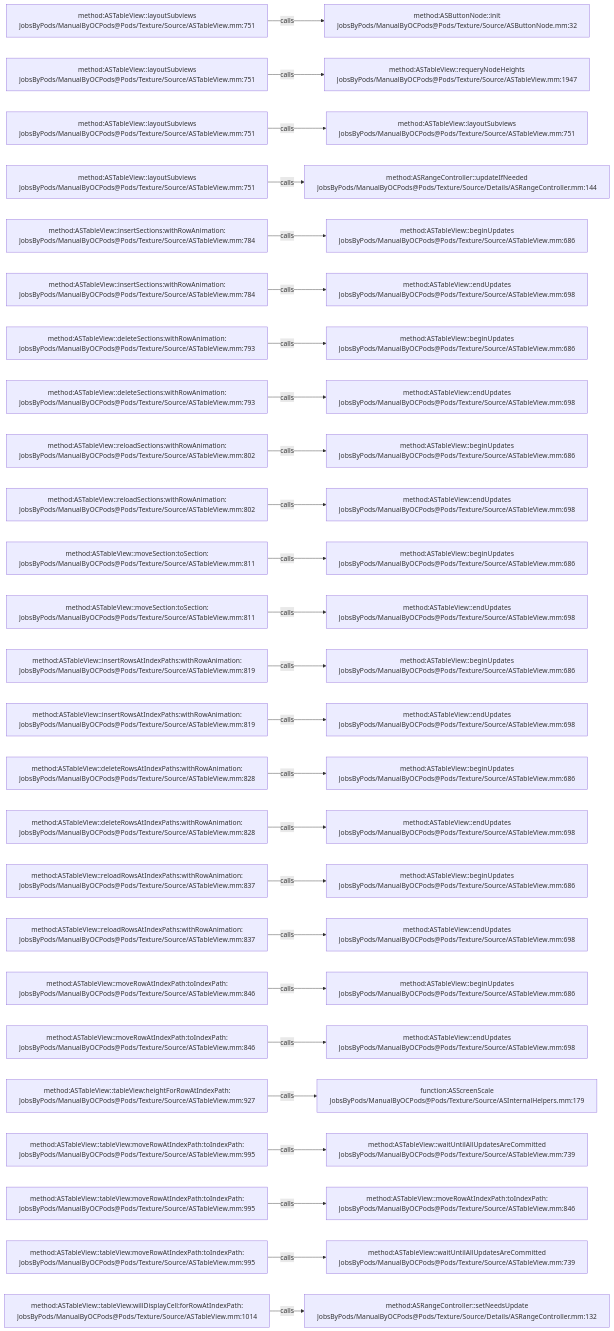
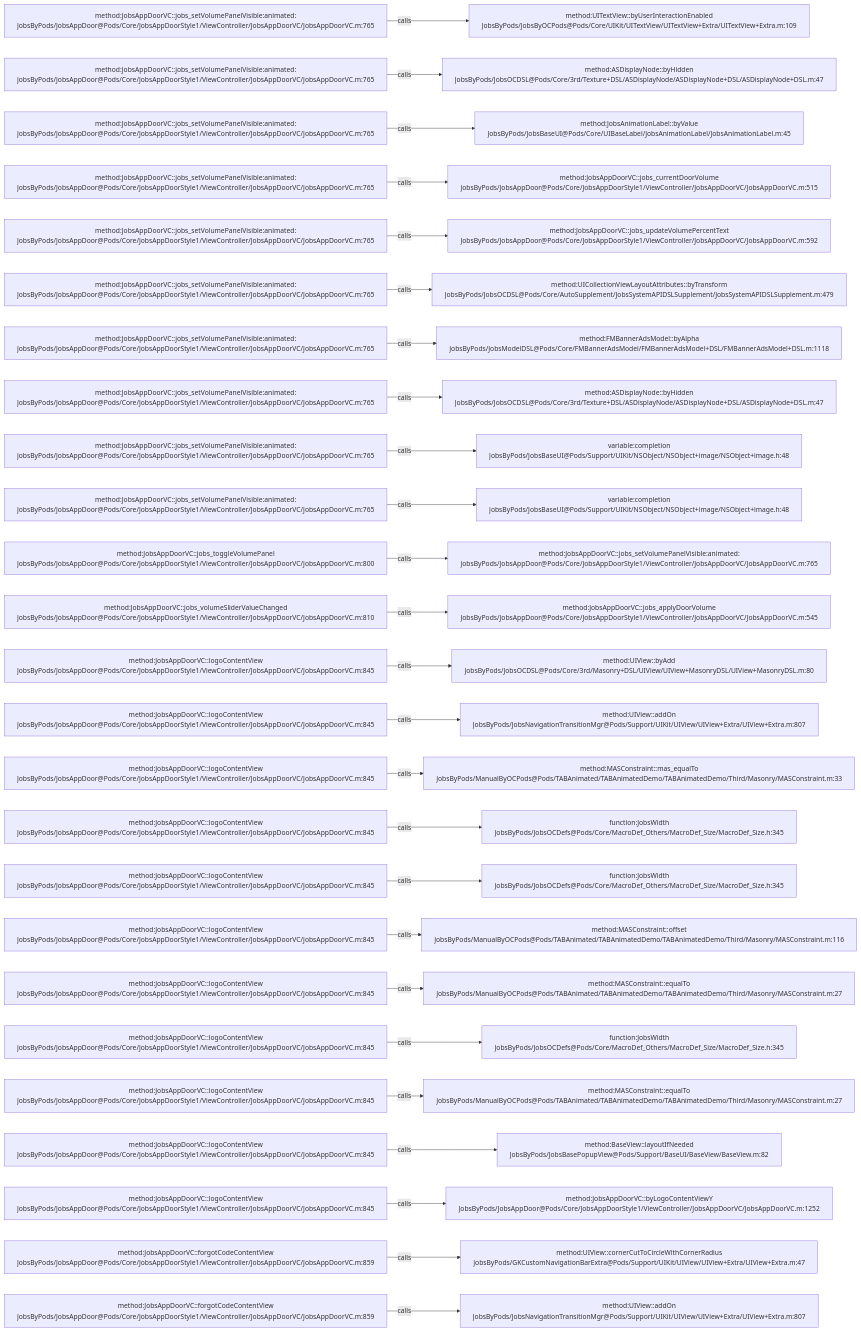
One commit to JobsKits/JobsOCBaseConfigDemo changed the diagram in .codegraph/codegraph.md/graphs/calls-113.md. Above: the diagram before and after it, drawn with Mermaid. The commit also changed 768 other files, not shown here.

````diff
--- a/.codegraph/codegraph.md/graphs/calls-113.md
+++ b/.codegraph/codegraph.md/graphs/calls-113.md
@@ -13,78 +13,78 @@
 ```mermaid
 flowchart LR
-  S1["method:ASTableView::layoutSubviews<br/>JobsByPods/ManualByOCPods@Pods/Texture/Source/ASTableView.mm:751"]
-  T1["method:ASButtonNode::init<br/>JobsByPods/ManualByOCPods@Pods/Texture/Source/ASButtonNode.mm:32"]
+  S1["method:JobsAppDoorVC::jobs_setVolumePanelVisible:animated:<br/>JobsByPods/JobsAppDoor@Pods/Core/JobsAppDoorStyle1/ViewController/JobsAppDoorVC/JobsAppDoorVC.m:765"]
+  T1["method:UITextView::byUserInteractionEnabled<br/>JobsByPods/JobsByOCPods@Pods/Core/UIKit/UITextView/UITextView+Extra/UITextView+Extra.m:109"]
   S1 -->|calls| T1
-  S2["method:ASTableView::layoutSubviews<br/>JobsByPods/ManualByOCPods@Pods/Texture/Source/ASTableView.mm:751"]
-  T2["method:ASTableView::requeryNodeHeights<br/>JobsByPods/ManualByOCPods@Pods/Texture/Source/ASTableView.mm:1947"]
+  S2["method:JobsAppDoorVC::jobs_setVolumePanelVisible:animated:<br/>JobsByPods/JobsAppDoor@Pods/Core/JobsAppDoorStyle1/ViewController/JobsAppDoorVC/JobsAppDoorVC.m:765"]
+  T2["method:ASDisplayNode::byHidden<br/>JobsByPods/JobsOCDSL@Pods/Core/3rd/Texture+DSL/ASDisplayNode/ASDisplayNode+DSL/ASDisplayNode+DSL.m:47"]
   S2 -->|calls| T2
-  S3["method:ASTableView::layoutSubviews<br/>JobsByPods/ManualByOCPods@Pods/Texture/Source/ASTableView.mm:751"]
-  T3["method:ASTableView::layoutSubviews<br/>JobsByPods/ManualByOCPods@Pods/Texture/Source/ASTableView.mm:751"]
+  S3["method:JobsAppDoorVC::jobs_setVolumePanelVisible:animated:<br/>JobsByPods/JobsAppDoor@Pods/Core/JobsAppDoorStyle1/ViewController/JobsAppDoorVC/JobsAppDoorVC.m:765"]
+  T3["method:JobsAnimationLabel::byValue<br/>JobsByPods/JobsBaseUI@Pods/Core/UIBaseLabel/JobsAnimationLabel/JobsAnimationLabel.m:45"]
   S3 -->|calls| T3
-  S4["method:ASTableView::layoutSubviews<br/>JobsByPods/ManualByOCPods@Pods/Texture/Source/ASTableView.mm:751"]
-  T4["method:ASRangeController::updateIfNeeded<br/>JobsByPods/ManualByOCPods@Pods/Texture/Source/Details/ASRangeController.mm:144"]
+  S4["method:JobsAppDoorVC::jobs_setVolumePanelVisible:animated:<br/>JobsByPods/JobsAppDoor@Pods/Core/JobsAppDoorStyle1/ViewController/JobsAppDoorVC/JobsAppDoorVC.m:765"]
+  T4["method:JobsAppDoorVC::jobs_currentDoorVolume<br/>JobsByPods/JobsAppDoor@Pods/Core/JobsAppDoorStyle1/ViewController/JobsAppDoorVC/JobsAppDoorVC.m:515"]
   S4 -->|calls| T4
-  S5["method:ASTableView::insertSections:withRowAnimation:<br/>JobsByPods/ManualByOCPods@Pods/Texture/Source/ASTableView.mm:784"]
-  T5["method:ASTableView::beginUpdates<br/>JobsByPods/ManualByOCPods@Pods/Texture/Source/ASTableView.mm:686"]
+  S5["method:JobsAppDoorVC::jobs_setVolumePanelVisible:animated:<br/>JobsByPods/JobsAppDoor@Pods/Core/JobsAppDoorStyle1/ViewController/JobsAppDoorVC/JobsAppDoorVC.m:765"]
+  T5["method:JobsAppDoorVC::jobs_updateVolumePercentText<br/>JobsByPods/JobsAppDoor@Pods/Core/JobsAppDoorStyle1/ViewController/JobsAppDoorVC/JobsAppDoorVC.m:592"]
   S5 -->|calls| T5
-  S6["method:ASTableView::insertSections:withRowAnimation:<br/>JobsByPods/ManualByOCPods@Pods/Texture/Source/ASTableView.mm:784"]
-  T6["method:ASTableView::endUpdates<br/>JobsByPods/ManualByOCPods@Pods/Texture/Source/ASTableView.mm:698"]
+  S6["method:JobsAppDoorVC::jobs_setVolumePanelVisible:animated:<br/>JobsByPods/JobsAppDoor@Pods/Core/JobsAppDoorStyle1/ViewController/JobsAppDoorVC/JobsAppDoorVC.m:765"]
+  T6["method:UICollectionViewLayoutAttributes::byTransform<br/>JobsByPods/JobsOCDSL@Pods/Core/AutoSupplement/JobsSystemAPIDSLSupplement/JobsSystemAPIDSLSupplement.m:479"]
   S6 -->|calls| T6
-  S7["method:ASTableView::deleteSections:withRowAnimation:<br/>JobsByPods/ManualByOCPods@Pods/Texture/Source/ASTableView.mm:793"]
-  T7["method:ASTableView::beginUpdates<br/>JobsByPods/ManualByOCPods@Pods/Texture/Source/ASTableView.mm:686"]
+  S7["method:JobsAppDoorVC::jobs_setVolumePanelVisible:animated:<br/>JobsByPods/JobsAppDoor@Pods/Core/JobsAppDoorStyle1/ViewController/JobsAppDoorVC/JobsAppDoorVC.m:765"]
+  T7["method:FMBannerAdsModel::byAlpha<br/>JobsByPods/JobsModelDSL@Pods/Core/FMBannerAdsModel/FMBannerAdsModel+DSL/FMBannerAdsModel+DSL.m:1118"]
   S7 -->|calls| T7
-  S8["method:ASTableView::deleteSections:withRowAnimation:<br/>JobsByPods/ManualByOCPods@Pods/Texture/Source/ASTableView.mm:793"]
-  T8["method:ASTableView::endUpdates<br/>JobsByPods/ManualByOCPods@Pods/Texture/Source/ASTableView.mm:698"]
+  S8["method:JobsAppDoorVC::jobs_setVolumePanelVisible:animated:<br/>JobsByPods/JobsAppDoor@Pods/Core/JobsAppDoorStyle1/ViewController/JobsAppDoorVC/JobsAppDoorVC.m:765"]
+  T8["method:ASDisplayNode::byHidden<br/>JobsByPods/JobsOCDSL@Pods/Core/3rd/Texture+DSL/ASDisplayNode/ASDisplayNode+DSL/ASDisplayNode+DSL.m:47"]
   S8 -->|calls| T8
-  S9["method:ASTableView::reloadSections:withRowAnimation:<br/>JobsByPods/ManualByOCPods@Pods/Texture/Source/ASTableView.mm:802"]
-  T9["method:ASTableView::beginUpdates<br/>JobsByPods/ManualByOCPods@Pods/Texture/Source/ASTableView.mm:686"]
+  S9["method:JobsAppDoorVC::jobs_setVolumePanelVisible:animated:<br/>JobsByPods/JobsAppDoor@Pods/Core/JobsAppDoorStyle1/ViewController/JobsAppDoorVC/JobsAppDoorVC.m:765"]
+  T9["variable:completion<br/>JobsByPods/JobsBaseUI@Pods/Support/UIKit/NSObject/NSObject+image/NSObject+image.h:48"]
   S9 -->|calls| T9
-  S10["method:ASTableView::reloadSections:withRowAnimation:<br/>JobsByPods/ManualByOCPods@Pods/Texture/Source/ASTableView.mm:802"]
-  T10["method:ASTableView::endUpdates<br/>JobsByPods/ManualByOCPods@Pods/Texture/Source/ASTableView.mm:698"]
+  S10["method:JobsAppDoorVC::jobs_setVolumePanelVisible:animated:<br/>JobsByPods/JobsAppDoor@Pods/Core/JobsAppDoorStyle1/ViewController/JobsAppDoorVC/JobsAppDoorVC.m:765"]
+  T10["variable:completion<br/>JobsByPods/JobsBaseUI@Pods/Support/UIKit/NSObject/NSObject+image/NSObject+image.h:48"]
   S10 -->|calls| T10
-  S11["method:ASTableView::moveSection:toSection:<br/>JobsByPods/ManualByOCPods@Pods/Texture/Source/ASTableView.mm:811"]
-  T11["method:ASTableView::beginUpdates<br/>JobsByPods/ManualByOCPods@Pods/Texture/Source/ASTableView.mm:686"]
+  S11["method:JobsAppDoorVC::jobs_toggleVolumePanel<br/>JobsByPods/JobsAppDoor@Pods/Core/JobsAppDoorStyle1/ViewController/JobsAppDoorVC/JobsAppDoorVC.m:800"]
+  T11["method:JobsAppDoorVC::jobs_setVolumePanelVisible:animated:<br/>JobsByPods/JobsAppDoor@Pods/Core/JobsAppDoorStyle1/ViewController/JobsAppDoorVC/JobsAppDoorVC.m:765"]
   S11 -->|calls| T11
-  S12["method:ASTableView::moveSection:toSection:<br/>JobsByPods/ManualByOCPods@Pods/Texture/Source/ASTableView.mm:811"]
-  T12["method:ASTableView::endUpdates<br/>JobsByPods/ManualByOCPods@Pods/Texture/Source/ASTableView.mm:698"]
+  S12["method:JobsAppDoorVC::jobs_volumeSliderValueChanged<br/>JobsByPods/JobsAppDoor@Pods/Core/JobsAppDoorStyle1/ViewController/JobsAppDoorVC/JobsAppDoorVC.m:810"]
+  T12["method:JobsAppDoorVC::jobs_applyDoorVolume<br/>JobsByPods/JobsAppDoor@Pods/Core/JobsAppDoorStyle1/ViewController/JobsAppDoorVC/JobsAppDoorVC.m:545"]
   S12 -->|calls| T12
-  S13["method:ASTableView::insertRowsAtIndexPaths:withRowAnimation:<br/>JobsByPods/ManualByOCPods@Pods/Texture/Source/ASTableView.mm:819"]
-  T13["method:ASTableView::beginUpdates<br/>JobsByPods/ManualByOCPods@Pods/Texture/Source/ASTableView.mm:686"]
+  S13["method:JobsAppDoorVC::logoContentView<br/>JobsByPods/JobsAppDoor@Pods/Core/JobsAppDoorStyle1/ViewController/JobsAppDoorVC/JobsAppDoorVC.m:845"]
+  T13["method:UIView::byAdd<br/>JobsByPods/JobsOCDSL@Pods/Core/3rd/Masonry+DSL/UIView/UIView+MasonryDSL/UIView+MasonryDSL.m:80"]
   S13 -->|calls| T13
-  S14["method:ASTableView::insertRowsAtIndexPaths:withRowAnimation:<br/>JobsByPods/ManualByOCPods@Pods/Texture/Source/ASTableView.mm:819"]
-  T14["method:ASTableView::endUpdates<br/>JobsByPods/ManualByOCPods@Pods/Texture/Source/ASTableView.mm:698"]
+  S14["method:JobsAppDoorVC::logoContentView<br/>JobsByPods/JobsAppDoor@Pods/Core/JobsAppDoorStyle1/ViewController/JobsAppDoorVC/JobsAppDoorVC.m:845"]
+  T14["method:UIView::addOn<br/>JobsByPods/JobsNavigationTransitionMgr@Pods/Support/UIKit/UIView/UIView+Extra/UIView+Extra.m:807"]
   S14 -->|calls| T14
-  S15["method:ASTableView::deleteRowsAtIndexPaths:withRowAnimation:<br/>JobsByPods/ManualByOCPods@Pods/Texture/Source/ASTableView.mm:828"]
-  T15["method:ASTableView::beginUpdates<br/>JobsByPods/ManualByOCPods@Pods/Texture/Source/ASTableView.mm:686"]
+  S15["method:JobsAppDoorVC::logoContentView<br/>JobsByPods/JobsAppDoor@Pods/Core/JobsAppDoorStyle1/ViewController/JobsAppDoorVC/JobsAppDoorVC.m:845"]
+  T15["method:MASConstraint::mas_equalTo<br/>JobsByPods/ManualByOCPods@Pods/TABAnimated/TABAnimatedDemo/TABAnimatedDemo/Third/Masonry/MASConstraint.m:33"]
   S15 -->|calls| T15
-  S16["method:ASTableView::deleteRowsAtIndexPaths:withRowAnimation:<br/>JobsByPods/ManualByOCPods@Pods/Texture/Source/ASTableView.mm:828"]
-  T16["method:ASTableView::endUpdates<br/>JobsByPods/ManualByOCPods@Pods/Texture/Source/ASTableView.mm:698"]
+  S16["method:JobsAppDoorVC::logoContentView<br/>JobsByPods/JobsAppDoor@Pods/Core/JobsAppDoorStyle1/ViewController/JobsAppDoorVC/JobsAppDoorVC.m:845"]
+  T16["function:JobsWidth<br/>JobsByPods/JobsOCDefs@Pods/Core/MacroDef_Others/MacroDef_Size/MacroDef_Size.h:345"]
   S16 -->|calls| T16
-  S17["method:ASTableView::reloadRowsAtIndexPaths:withRowAnimation:<br/>JobsByPods/ManualByOCPods@Pods/Texture/Source/ASTableView.mm:837"]
-  T17["method:ASTableView::beginUpdates<br/>JobsByPods/ManualByOCPods@Pods/Texture/Source/ASTableView.mm:686"]
+  S17["method:JobsAppDoorVC::logoContentView<br/>JobsByPods/JobsAppDoor@Pods/Core/JobsAppDoorStyle1/ViewController/JobsAppDoorVC/JobsAppDoorVC.m:845"]
+  T17["function:JobsWidth<br/>JobsByPods/JobsOCDefs@Pods/Core/MacroDef_Others/MacroDef_Size/MacroDef_Size.h:345"]
   S17 -->|calls| T17
-  S18["method:ASTableView::reloadRowsAtIndexPaths:withRowAnimation:<br/>JobsByPods/ManualByOCPods@Pods/Texture/Source/ASTableView.mm:837"]
-  T18["method:ASTableView::endUpdates<br/>JobsByPods/ManualByOCPods@Pods/Texture/Source/ASTableView.mm:698"]
+  S18["method:JobsAppDoorVC::logoContentView<br/>JobsByPods/JobsAppDoor@Pods/Core/JobsAppDoorStyle1/ViewController/JobsAppDoorVC/JobsAppDoorVC.m:845"]
+  T18["method:MASConstraint::offset<br/>JobsByPods/ManualByOCPods@Pods/TABAnimated/TABAnimatedDemo/TABAnimatedDemo/Third/Masonry/MASConstraint.m:116"]
   S18 -->|calls| T18
-  S19["method:ASTableView::moveRowAtIndexPath:toIndexPath:<br/>JobsByPods/ManualByOCPods@Pods/Texture/Source/ASTableView.mm:846"]
-  T19["method:ASTableView::beginUpdates<br/>JobsByPods/ManualByOCPods@Pods/Texture/Source/ASTableView.mm:686"]
+  S19["method:JobsAppDoorVC::logoContentView<br/>JobsByPods/JobsAppDoor@Pods/Core/JobsAppDoorStyle1/ViewController/JobsAppDoorVC/JobsAppDoorVC.m:845"]
+  T19["method:MASConstraint::equalTo<br/>JobsByPods/ManualByOCPods@Pods/TABAnimated/TABAnimatedDemo/TABAnimatedDemo/Third/Masonry/MASConstraint.m:27"]
   S19 -->|calls| T19
-  S20["method:ASTableView::moveRowAtIndexPath:toIndexPath:<br/>JobsByPods/ManualByOCPods@Pods/Texture/Source/ASTableView.mm:846"]
-  T20["method:ASTableView::endUpdates<br/>JobsByPods/ManualByOCPods@Pods/Texture/Source/ASTableView.mm:698"]
+  S20["method:JobsAppDoorVC::logoContentView<br/>JobsByPods/JobsAppDoor@Pods/Core/JobsAppDoorStyle1/ViewController/JobsAppDoorVC/JobsAppDoorVC.m:845"]
+  T20["function:JobsWidth<br/>JobsByPods/JobsOCDefs@Pods/Core/MacroDef_Others/MacroDef_Size/MacroDef_Size.h:345"]
   S20 -->|calls| T20
-  S21["method:ASTableView::tableView:heightForRowAtIndexPath:<br/>JobsByPods/ManualByOCPods@Pods/Texture/Source/ASTableView.mm:927"]
-  T21["function:ASScreenScale<br/>JobsByPods/ManualByOCPods@Pods/Texture/Source/ASInternalHelpers.mm:179"]
+  S21["method:JobsAppDoorVC::logoContentView<br/>JobsByPods/JobsAppDoor@Pods/Core/JobsAppDoorStyle1/ViewController/JobsAppDoorVC/JobsAppDoorVC.m:845"]
+  T21["method:MASConstraint::equalTo<br/>JobsByPods/ManualByOCPods@Pods/TABAnimated/TABAnimatedDemo/TABAnimatedDemo/Third/Masonry/MASConstraint.m:27"]
   S21 -->|calls| T21
-  S22["method:ASTableView::tableView:moveRowAtIndexPath:toIndexPath:<br/>JobsByPods/ManualByOCPods@Pods/Texture/Source/ASTableView.mm:995"]
-  T22["method:ASTableView::waitUntilAllUpdatesAreCommitted<br/>JobsByPods/ManualByOCPods@Pods/Texture/Source/ASTableView.mm:739"]
+  S22["method:JobsAppDoorVC::logoContentView<br/>JobsByPods/JobsAppDoor@Pods/Core/JobsAppDoorStyle1/ViewController/JobsAppDoorVC/JobsAppDoorVC.m:845"]
+  T22["method:BaseView::layoutIfNeeded<br/>JobsByPods/JobsBasePopupView@Pods/Support/BaseUI/BaseView/BaseView.m:82"]
   S22 -->|calls| T22
-  S23["method:ASTableView::tableView:moveRowAtIndexPath:toIndexPath:<br/>JobsByPods/ManualByOCPods@Pods/Texture/Source/ASTableView.mm:995"]
-  T23["method:ASTableView::moveRowAtIndexPath:toIndexPath:<br/>JobsByPods/ManualByOCPods@Pods/Texture/Source/ASTableView.mm:846"]
+  S23["method:JobsAppDoorVC::logoContentView<br/>JobsByPods/JobsAppDoor@Pods/Core/JobsAppDoorStyle1/ViewController/JobsAppDoorVC/JobsAppDoorVC.m:845"]
+  T23["method:JobsAppDoorVC::byLogoContentViewY<br/>JobsByPods/JobsAppDoor@Pods/Core/JobsAppDoorStyle1/ViewController/JobsAppDoorVC/JobsAppDoorVC.m:1252"]
   S23 -->|calls| T23
-  S24["method:ASTableView::tableView:moveRowAtIndexPath:toIndexPath:<br/>JobsByPods/ManualByOCPods@Pods/Texture/Source/ASTableView.mm:995"]
-  T24["method:ASTableView::waitUntilAllUpdatesAreCommitted<br/>JobsByPods/ManualByOCPods@Pods/Texture/Source/ASTableView.mm:739"]
+  S24["method:JobsAppDoorVC::forgotCodeContentView<br/>JobsByPods/JobsAppDoor@Pods/Core/JobsAppDoorStyle1/ViewController/JobsAppDoorVC/JobsAppDoorVC.m:859"]
+  T24["method:UIView::cornerCutToCircleWithCornerRadius<br/>JobsByPods/GKCustomNavigationBarExtra@Pods/Support/UIKit/UIView/UIView+Extra/UIView+Extra.m:47"]
   S24 -->|calls| T24
-  S25["method:ASTableView::tableView:willDisplayCell:forRowAtIndexPath:<br/>JobsByPods/ManualByOCPods@Pods/Texture/Source/ASTableView.mm:1014"]
-  T25["method:ASRangeController::setNeedsUpdate<br/>JobsByPods/ManualByOCPods@Pods/Texture/Source/Details/ASRangeController.mm:132"]
+  S25["method:JobsAppDoorVC::forgotCodeContentView<br/>JobsByPods/JobsAppDoor@Pods/Core/JobsAppDoorStyle1/ViewController/JobsAppDoorVC/JobsAppDoorVC.m:859"]
+  T25["method:UIView::addOn<br/>JobsByPods/JobsNavigationTransitionMgr@Pods/Support/UIKit/UIView/UIView+Extra/UIView+Extra.m:807"]
   S25 -->|calls| T25
 ```
````
